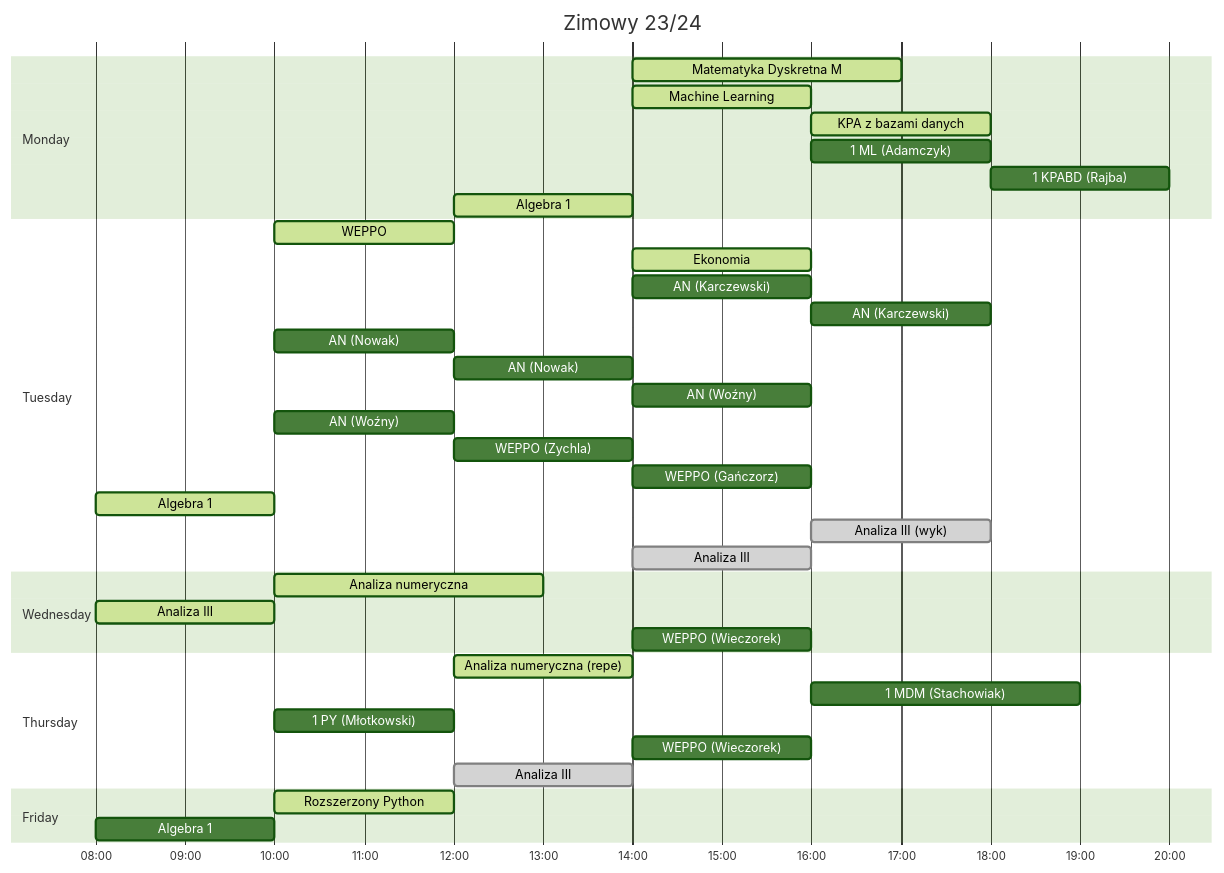
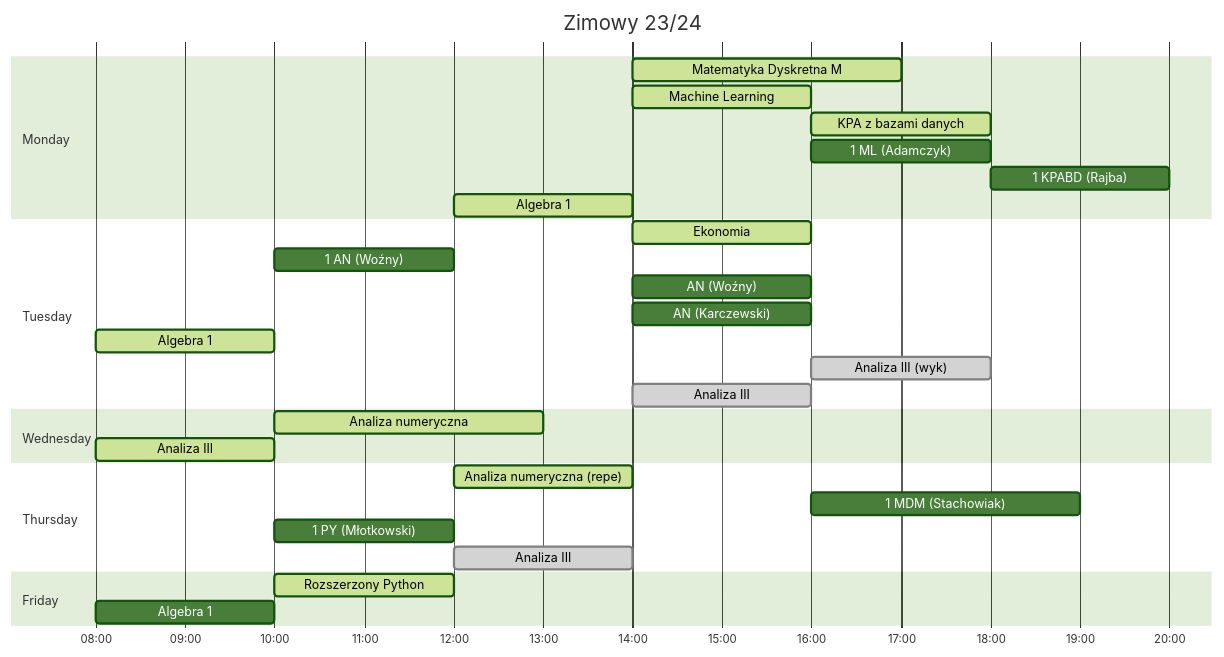
One commit to PatrykFlama/UWr changed the third of 3 diagrams in README.md. Above: the diagram before and after it, drawn with Mermaid (forest theme). The commit also changed other lines of this file, not shown here.

Commit message:
planning in progress

````diff
--- a/README.md
+++ b/README.md
@@ -117,74 +135,71 @@
 ```mermaid
 gantt
     title Zimowy 23/24
     dateFormat HH
     axisFormat %H:%M
 
     section Monday
         Matematyka Dyskretna M          : active, 14, 17
         Machine Learning                : active, 14, 16
         KPA z bazami danych             : active, 16, 18
 
-        % OWI                             : active, 15, 16
-        % OWI                             : active, 14, 15
-        
         1 ML (Adamczyk)                   : 16, 18
         1 KPABD (Rajba)                   : 18, 20
 
         Algebra 1                       : active, 12, 14
 
     section Tuesday
-        WEPPO                           : active, 10, 12
+        %%%%% WEPPO                           : active, 10, 12
         Ekonomia                        : active, 14, 16
 
         %%% 3 ML (Słupiński)                  : 08, 10
         %%% 4 ML (Balcer)                     : 08, 10
+        1 AN (Woźny)                      : 10, 12
+        AN (Woźny)                      : 14, 16
+        %% AN (Nowak)                      : 10, 12
+        %% AN (Nowak)                      : 12, 14
         AN (Karczewski)                 : 14, 16
-        AN (Karczewski)                 : 16, 18
-        AN (Nowak)                      : 10, 12
-        AN (Nowak)                      : 12, 14
-        AN (Woźny)                      : 14, 16
-        AN (Woźny)                      : 10, 12
+        %%% 2 AN (Karczewski)                 : 16, 18
         %%% 2 KPABD (Abbasi)                  : 18, 20
+        %% PY (Balcer)                     : 10, 12
         %% PY (Piróg)                      : 12, 14
-        %% PY (Balcer)                     : 10, 12
-        WEPPO (Zychla)                  : 12, 14
-        % WEPPO (Zychla)                  : 08, 10
-        WEPPO (Gańczorz)                : 14, 16
+        %%%%% % WEPPO (Zychla)                  : 08, 10
+        %%%%% WEPPO (Zychla)                  : 12, 14
+        %%%%% WEPPO (Gańczorz)                : 14, 16
         %%%% Ekonomia                        : 16, 18
 
         Algebra 1                       : active, 08, 10
         Analiza III (wyk)               : done, 16, 18
         Analiza III                     : done, 14, 16
 
     section Wednesday
         Analiza numeryczna              : active, 10, 13
         Analiza III                     : active, done, 08, 10
 
         %%% MDM (Jeż)                       : 14, 17
         %%% 2 ML (Biernacka)                  : 14, 16
         % ML (Stypułkowski)               : 10, 12
         %%% 3 KPABD (Abbasi)                  : 18, 20
         %% PY (Adamczyk)                   : 08, 10
-        WEPPO (Wieczorek)               : 14, 16
+        %%%%% WEPPO (Wieczorek)               : 14, 16
 
     section Thursday
         Analiza numeryczna (repe)       : active, 12, 14
 
         1 MDM (Stachowiak)              : 16, 19
         %%% MDM (Dudek)                     : 16, 19
         1 PY (Młotkowski)                 : 10, 12
         %%% 2 PY (Młotkowski)                 : 08, 10
         %% PY (Słupiński)                  : 18, 20
-        WEPPO (Wieczorek)               : 14, 16
+        %%%%% 1 WEPPO (Wieczorek)               : 14, 16
 
         Analiza III                     : done, 12, 14
 
     section Friday
         Rozszerzony Python              : active, 10, 12
 
         %%% 3 PY (Młotkowski)                 : 08, 10
-        % WEPPO (Gańczorz)                : 10, 12
+        %%%%% % WEPPO (Gańczorz)                : 10, 12
 
         Algebra 1                       : 08, 10
 ```
````
